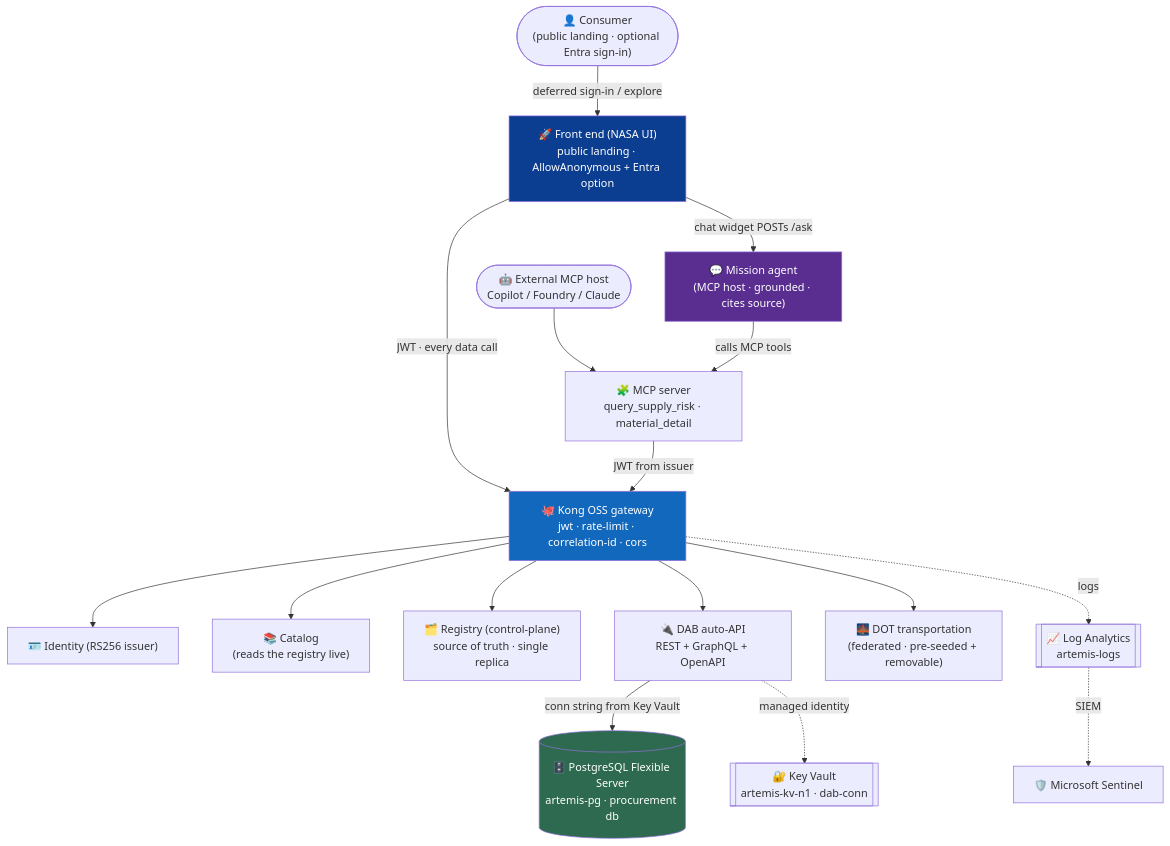
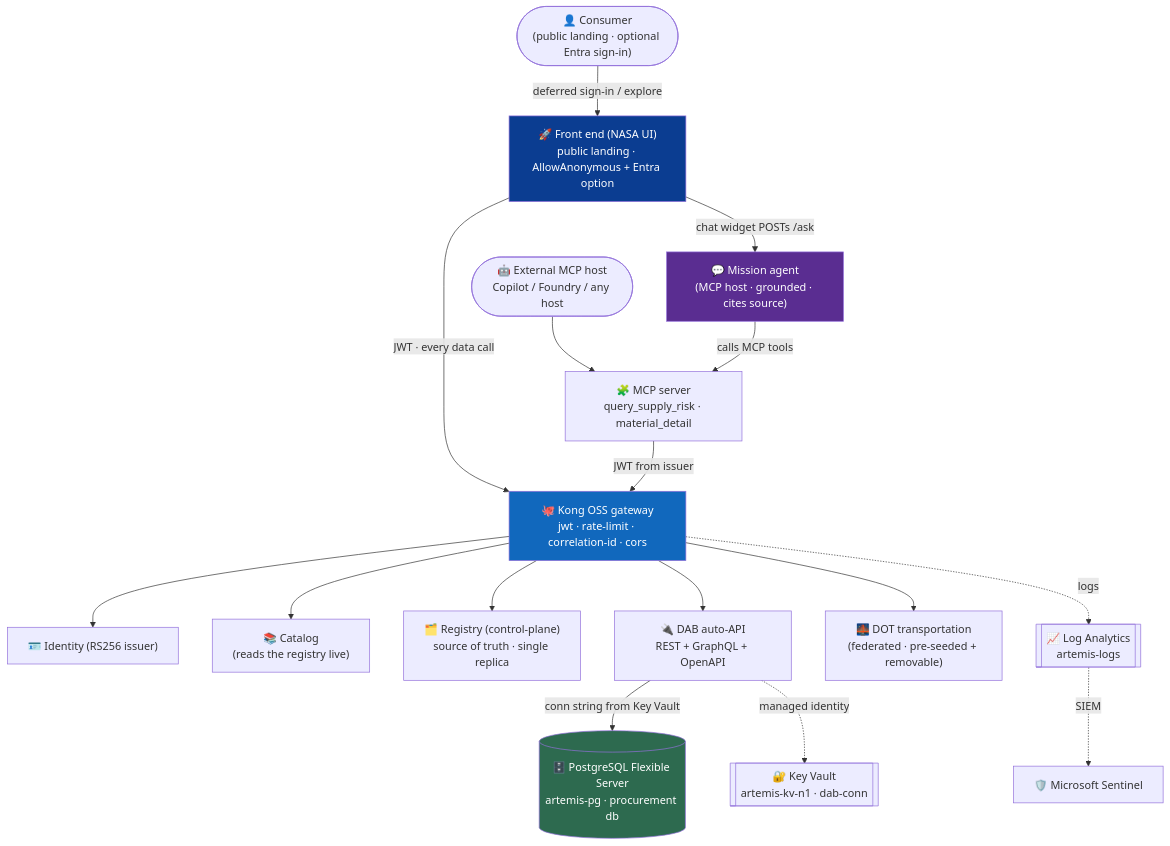
Before and after one commit to fgarofalo56/nasa-api-first-poc: the first of 4 diagrams in docs/AZURE-LIVE-DEPLOYMENT.md, drawn with Mermaid. The commit also changed other lines of this file and 19 other files, not shown here.

````diff
--- a/docs/AZURE-LIVE-DEPLOYMENT.md
+++ b/docs/AZURE-LIVE-DEPLOYMENT.md
@@ -99,22 +99,22 @@
 ```mermaid
 flowchart TD
     User(["👤 Consumer<br/>(public landing · optional Entra sign-in)"]) -->|deferred sign-in / explore| UI["🚀 Front end (NASA UI)<br/>public landing · AllowAnonymous + Entra option"]
     UI -->|chat widget POSTs /ask| AG["💬 Mission agent<br/>(MCP host · grounded · cites source)"]
-    Ext(["🤖 External MCP host<br/>Copilot / Foundry / Claude"]) --> MCP["🧩 MCP server<br/>query_supply_risk · material_detail"]
+    Ext(["🤖 External MCP host<br/>Copilot / Foundry / any host"]) --> MCP["🧩 MCP server<br/>query_supply_risk · material_detail"]
     AG -->|calls MCP tools| MCP
     UI -->|JWT · every data call| Kong["🐙 Kong OSS gateway<br/>jwt · rate-limit · correlation-id · cors"]
     MCP -->|JWT from issuer| Kong
     Kong --> ID["🪪 Identity (RS256 issuer)"]
     Kong --> Cat["📚 Catalog<br/>(reads the registry live)"]
     Kong --> Reg["🗂️ Registry (control-plane)<br/>source of truth · single replica"]
     Kong --> DAB["🔌 DAB auto-API<br/>REST + GraphQL + OpenAPI"]
     Kong --> DOT["🌉 DOT transportation<br/>(federated · pre-seeded + removable)"]
     DAB -->|conn string from Key Vault| PG[("🗄️ PostgreSQL Flexible Server<br/>artemis-pg · procurement db")]
     DAB -. managed identity .-> KV[["🔐 Key Vault<br/>artemis-kv-n1 · dab-conn"]]
     Kong -. logs .-> LA[["📈 Log Analytics<br/>artemis-logs"]]
     LA -. SIEM .-> SENT["🛡️ Microsoft Sentinel"]
     style UI fill:#0b3d91,color:#fff
     style AG fill:#5a2d91,color:#fff
     style Kong fill:#1168bd,color:#fff
     style PG fill:#2d6a4f,color:#fff
 ```
````
